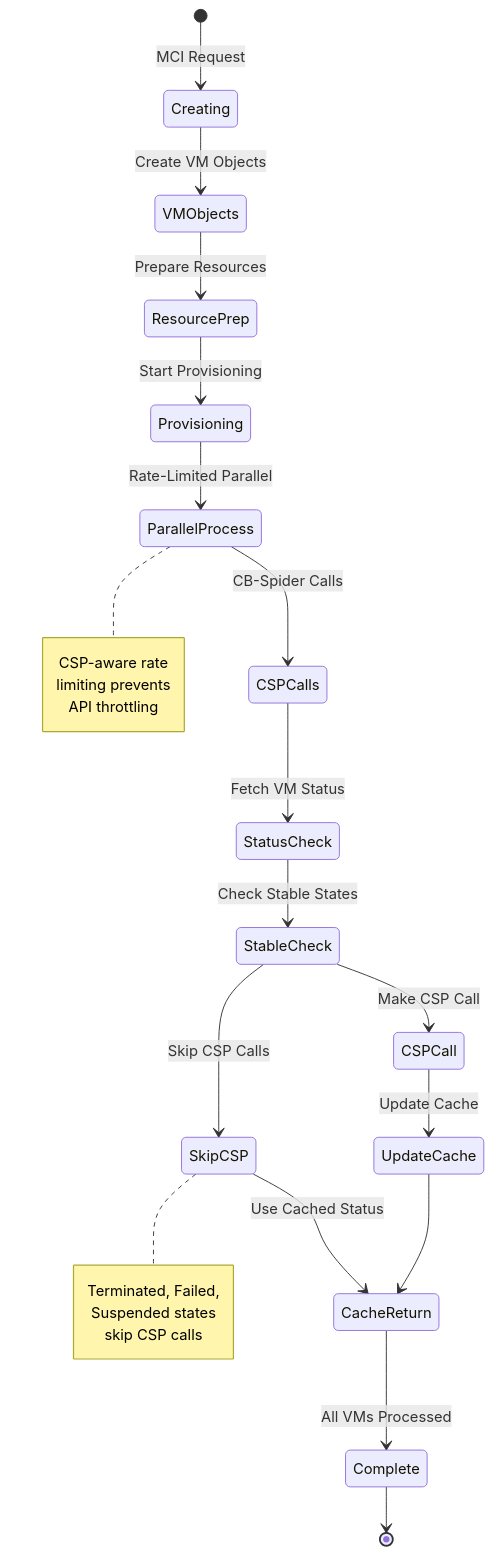
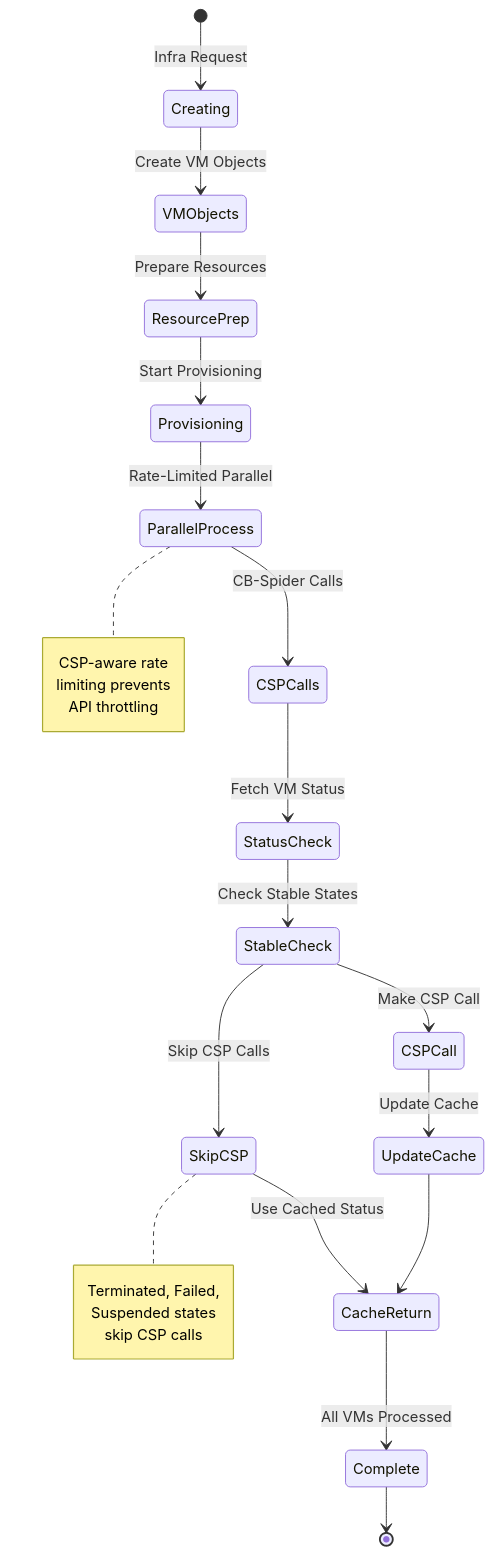
One commit to cloud-barista/cb-tumblebug changed the fourth of 9 diagrams in docs/feature_guide/high-scale-provisioning-architecture.md. Above: the diagram before and after it, drawn with Mermaid. The commit also changed other lines of this file and 197 other files, not shown here.

````diff
--- a/docs/feature_guide/high-scale-provisioning-architecture.md
+++ b/docs/feature_guide/high-scale-provisioning-architecture.md
@@ -185,26 +185,26 @@
 ```mermaid
 stateDiagram-v2
-    [*] --> Creating: MCI Request
+    [*] --> Creating: Infra Request
     Creating --> VMObjects: Create VM Objects
     VMObjects --> ResourcePrep: Prepare Resources
     ResourcePrep --> Provisioning: Start Provisioning
     
     Provisioning --> ParallelProcess: Rate-Limited Parallel
     ParallelProcess --> CSPCalls: CB-Spider Calls
     CSPCalls --> StatusCheck: Fetch VM Status
     StatusCheck --> StableCheck: Check Stable States
     
     StableCheck --> SkipCSP: Skip CSP Calls
     StableCheck --> CSPCall: Make CSP Call
     
     SkipCSP --> CacheReturn: Use Cached Status
     CSPCall --> UpdateCache: Update Cache
     UpdateCache --> CacheReturn
     
     CacheReturn --> Complete: All VMs Processed
     Complete --> [*]
     
     note right of SkipCSP : Terminated, Failed,<br/>Suspended states<br/>skip CSP calls
     
     note right of ParallelProcess : CSP-aware rate<br/>limiting prevents<br/>API throttling
 ```
````
